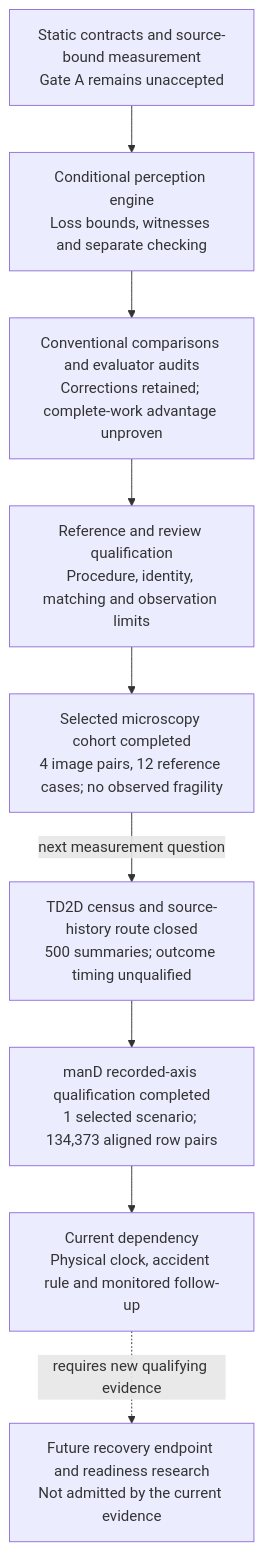
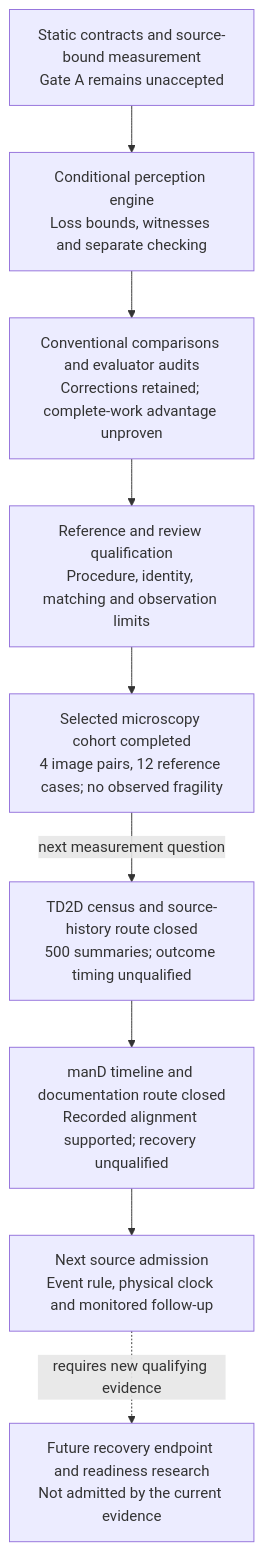
One commit to manfromnowhere143/reiyah changed the fifth of 9 diagrams in README.md. Above: the diagram before and after it, drawn with Mermaid. The commit also changed other lines of this file and 18 other files, not shown here.

First line of the commit message:
Qualify manD source semantics and close the inspected recovery route

````diff
--- a/README.md
+++ b/README.md
@@ -251,11 +251,11 @@
 ```mermaid
 flowchart TB
   A["Static contracts and source-bound measurement<br/>Gate A remains unaccepted"] --> B["Conditional perception engine<br/>Loss bounds, witnesses and separate checking"]
   B --> C["Conventional comparisons and evaluator audits<br/>Corrections retained; complete-work advantage unproven"]
   C --> D["Reference and review qualification<br/>Procedure, identity, matching and observation limits"]
   D --> E["Selected microscopy cohort completed<br/>4 image pairs, 12 reference cases; no observed fragility"]
   E -- "next measurement question" --> F["TD2D census and source-history route closed<br/>500 summaries; outcome timing unqualified"]
-  F --> G["manD recorded-axis qualification completed<br/>1 selected scenario; 134,373 aligned row pairs"]
-  G --> H["Current dependency<br/>Physical clock, accident rule and monitored follow-up"]
+  F --> G["manD timeline and documentation route closed<br/>Recorded alignment supported; recovery unqualified"]
+  G --> H["Next source admission<br/>Event rule, physical clock and monitored follow-up"]
   H -. "requires new qualifying evidence" .-> I["Future recovery endpoint and readiness research<br/>Not admitted by the current evidence"]
 ```
````
